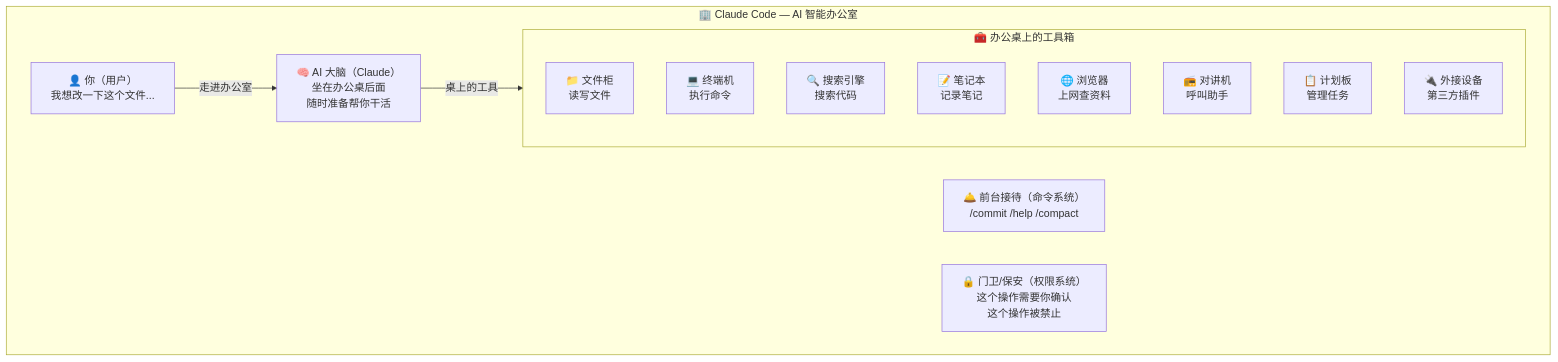
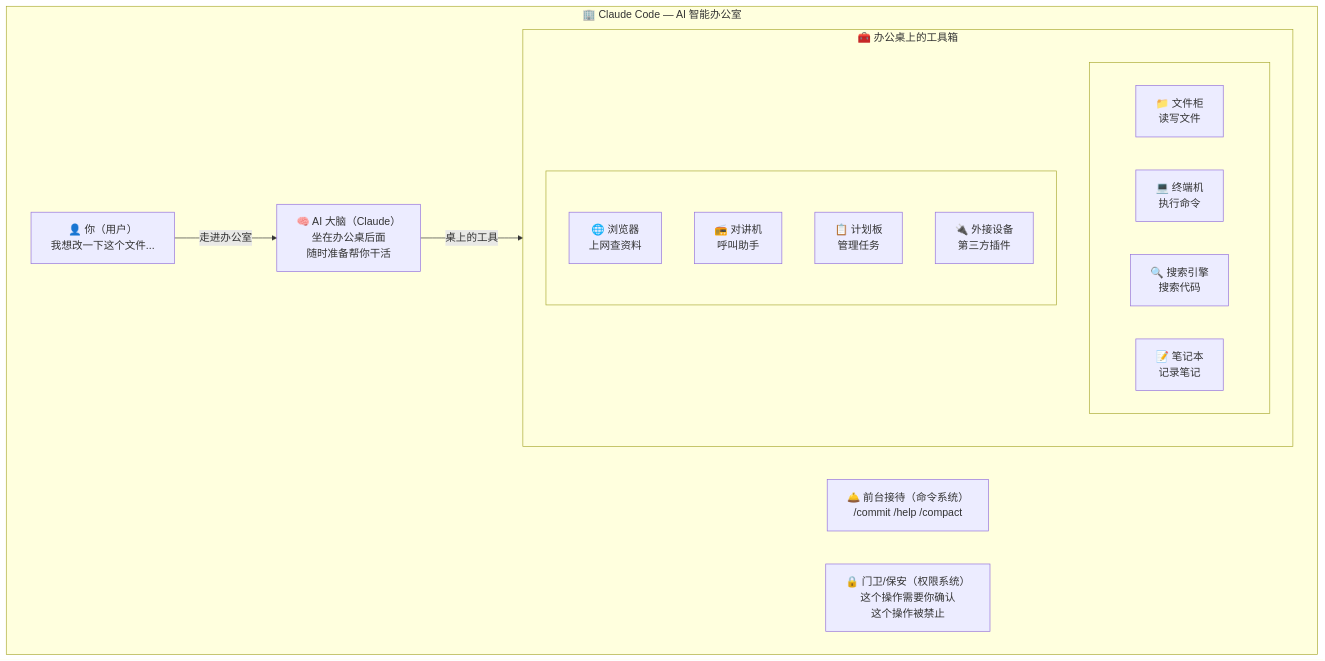
Before and after one commit to WSbaikaishui/claude-code-source-code: the first of 16 diagrams in docs/architecture/00-visual-guide.md, drawn with Mermaid. The commit also changed other lines of this file and 73 other files, not shown here.

First line of the commit message:
Fix all Mermaid diagrams: restore semantics + fix dimensions

````diff
--- a/docs/architecture/00-visual-guide.md
+++ b/docs/architecture/00-visual-guide.md
@@ -31,24 +31,28 @@
 ```mermaid
 graph TD
     subgraph office["🏢 Claude Code — AI 智能办公室"]
         User["👤 你（用户）<br>我想改一下这个文件..."]
         Brain["🧠 AI 大脑（Claude）<br>坐在办公桌后面<br>随时准备帮你干活"]
         User -->|走进办公室| Brain
 
         subgraph toolbox["🧰 办公桌上的工具箱"]
-            T1["📁 文件柜<br>读写文件"]
-            T2["💻 终端机<br>执行命令"]
-            T3["🔍 搜索引擎<br>搜索代码"]
-            T4["📝 笔记本<br>记录笔记"]
-            T5["🌐 浏览器<br>上网查资料"]
-            T6["📻 对讲机<br>呼叫助手"]
-            T7["📋 计划板<br>管理任务"]
-            T8["🔌 外接设备<br>第三方插件"]
+            subgraph row1[" "]
+                T1["📁 文件柜<br>读写文件"]
+                T2["💻 终端机<br>执行命令"]
+                T3["🔍 搜索引擎<br>搜索代码"]
+                T4["📝 笔记本<br>记录笔记"]
+            end
+            subgraph row2[" "]
+                T5["🌐 浏览器<br>上网查资料"]
+                T6["📻 对讲机<br>呼叫助手"]
+                T7["📋 计划板<br>管理任务"]
+                T8["🔌 外接设备<br>第三方插件"]
+            end
         end
 
         Brain -->|桌上的工具| toolbox
 
         Reception["🛎️ 前台接待（命令系统）<br>/commit /help /compact"]
         Security["🔒 门卫/保安（权限系统）<br>这个操作需要你确认<br>这个操作被禁止"]
     end
 ```
````
